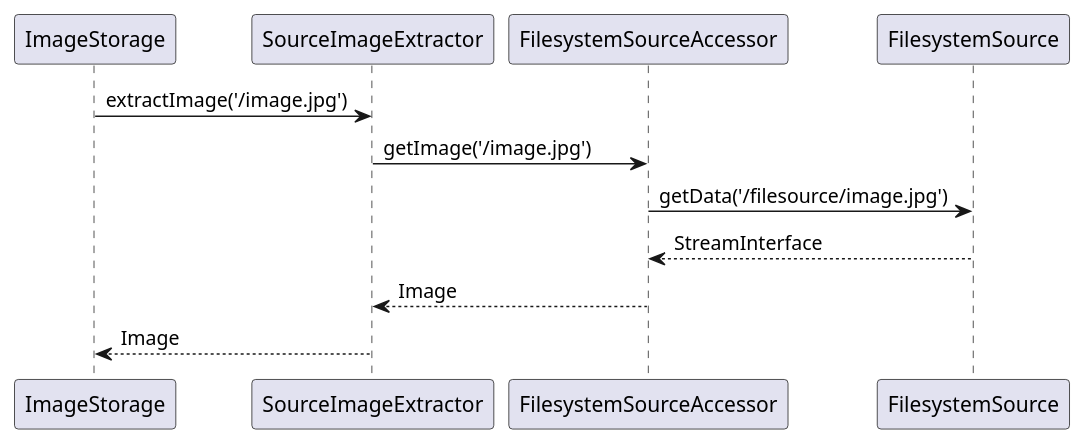
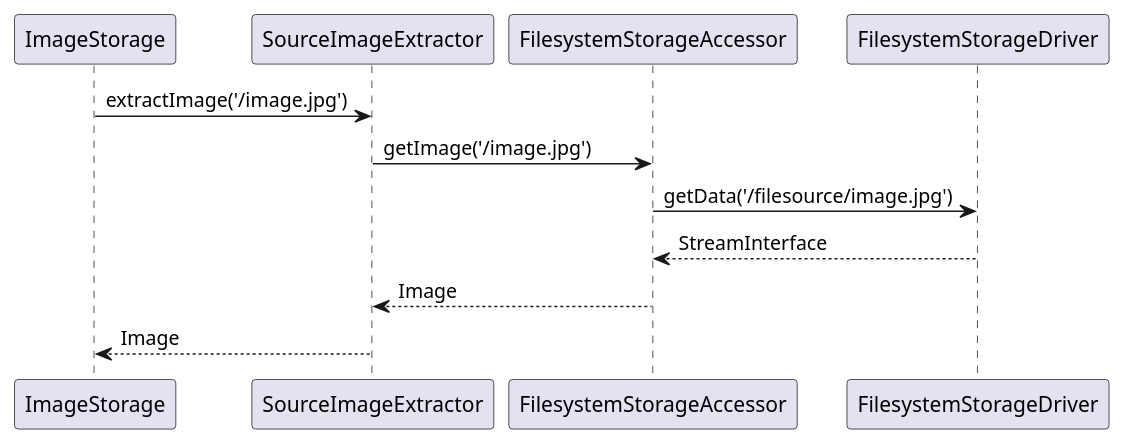
One commit to strider2038/image-cache changed the diagram in docs/uml/source-extractor-and-filesystem-storage.puml. Above: the diagram before and after it, drawn with PlantUML. The commit also changed 47 other files, not shown here.

```diff
--- a/docs/uml/source-extractor-and-filesystem-storage.puml
+++ b/docs/uml/source-extractor-and-filesystem-storage.puml
@@ -1,10 +1,10 @@
 @startuml
 
 ImageStorage -> SourceImageExtractor: extractImage('/image.jpg')
-SourceImageExtractor -> FilesystemSourceAccessor: getImage('/image.jpg')
-FilesystemSourceAccessor -> FilesystemSource: getData('/filesource/image.jpg')
-FilesystemSourceAccessor <-- FilesystemSource: StreamInterface
-SourceImageExtractor <-- FilesystemSourceAccessor: Image
+SourceImageExtractor -> FilesystemStorageAccessor: getImage('/image.jpg')
+FilesystemStorageAccessor -> FilesystemStorageDriver: getData('/filesource/image.jpg')
+FilesystemStorageAccessor <-- FilesystemStorageDriver: StreamInterface
+SourceImageExtractor <-- FilesystemStorageAccessor: Image
 ImageStorage <-- SourceImageExtractor: Image
 
 @enduml
```
